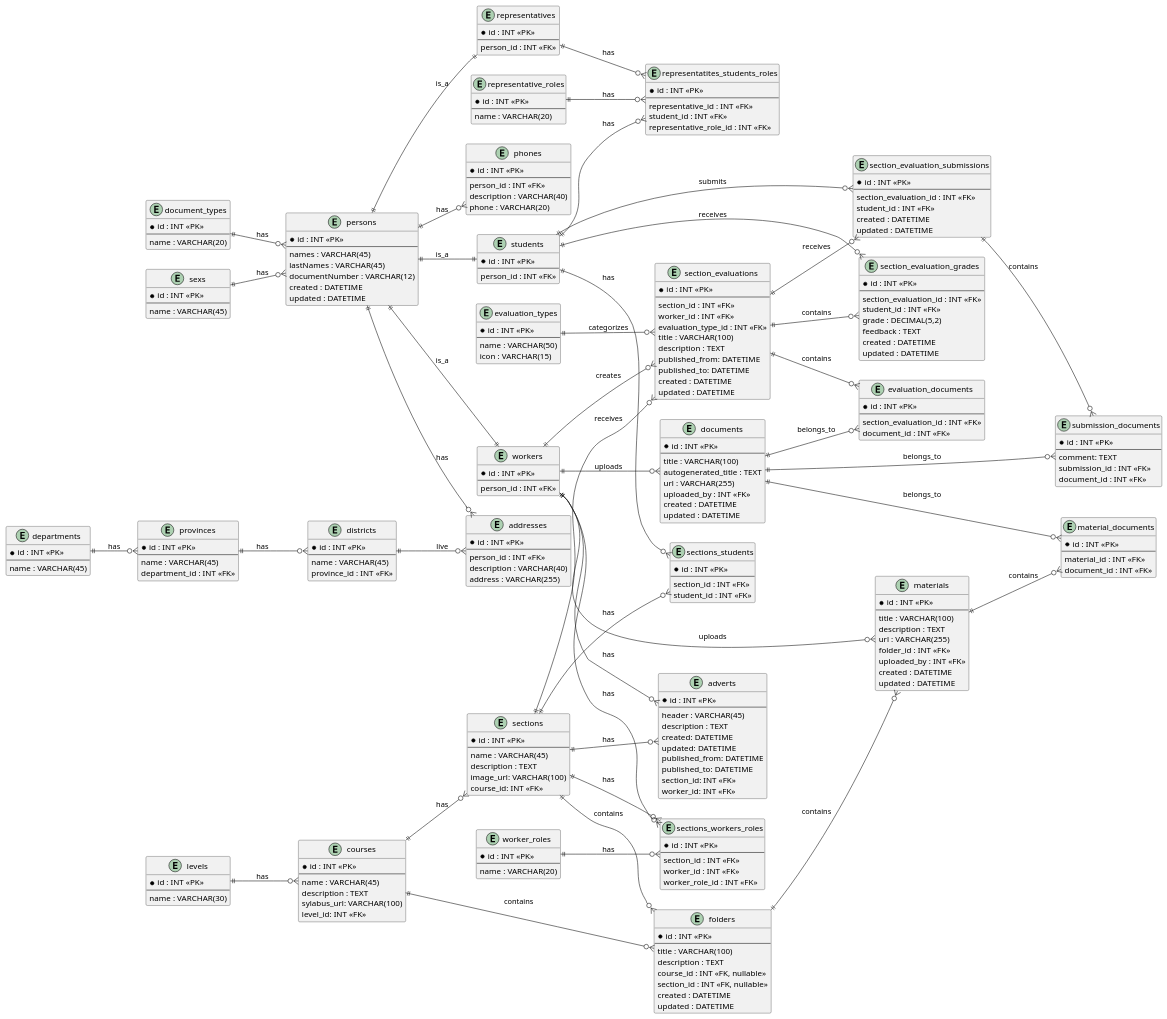
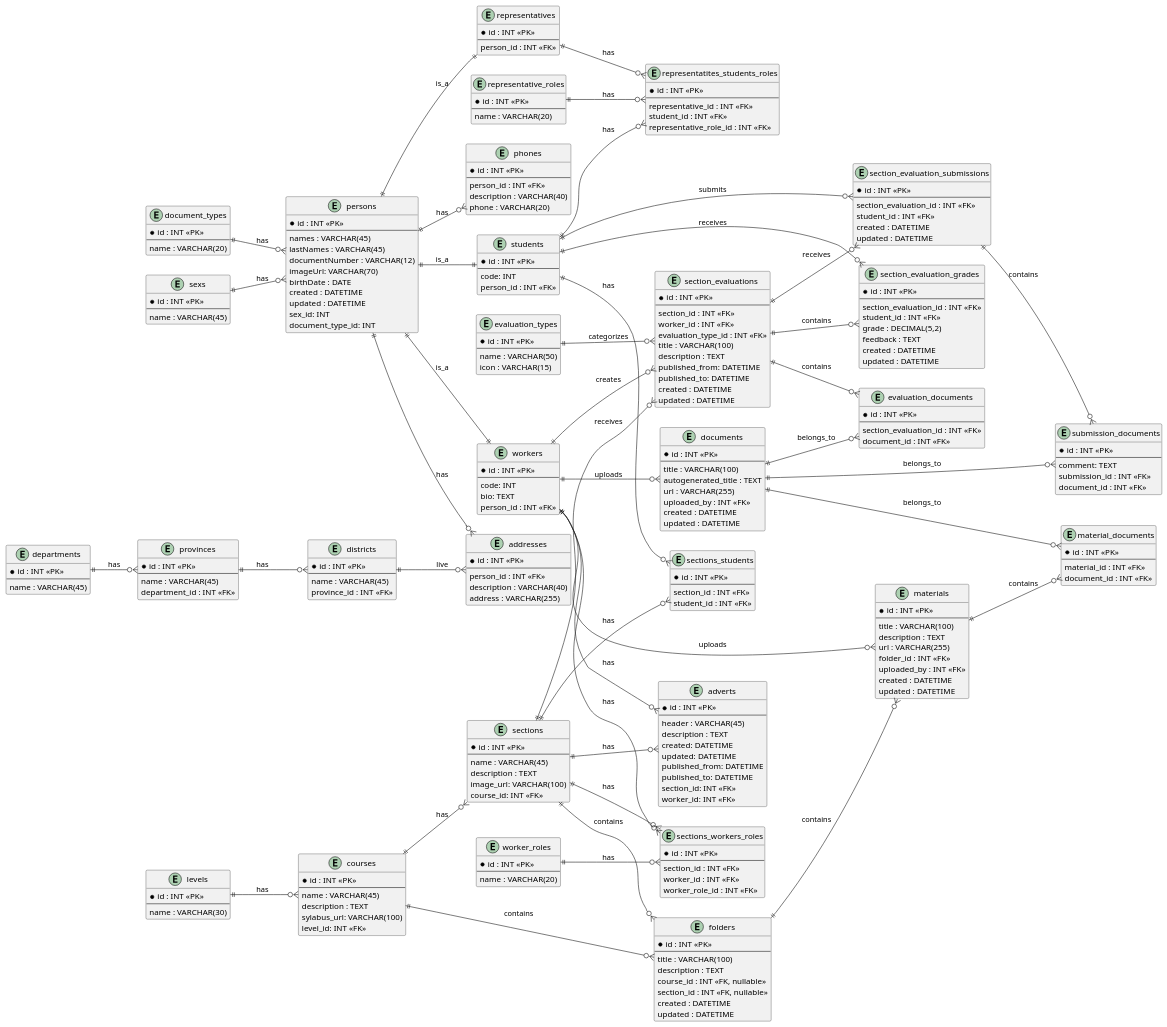
One commit to pepeul1191/template-node-express-svelte changed the diagram in docs/db_diagram.puml. Above: the diagram before and after it, drawn with PlantUML. The commit also changed 7 other files, not shown here.

```diff
--- a/docs/db_diagram.puml
+++ b/docs/db_diagram.puml
@@ -48,13 +48,19 @@
   names : VARCHAR(45)
   lastNames : VARCHAR(45)
   documentNumber : VARCHAR(12)
+  imageUrl: VARCHAR(70)
+  birthDate : DATE
   created : DATETIME
   updated : DATETIME
+  sex_id: INT
+  document_type_id: INT
 }
 
 entity workers {
   * id : INT <<PK>>
   --
+  code: INT
+  bio: TEXT
   person_id : INT <<FK>>
 }
 
@@ -67,6 +73,7 @@
 entity students {
   * id : INT <<PK>>
   --
+  code: INT
   person_id : INT <<FK>>
 }
 
```
